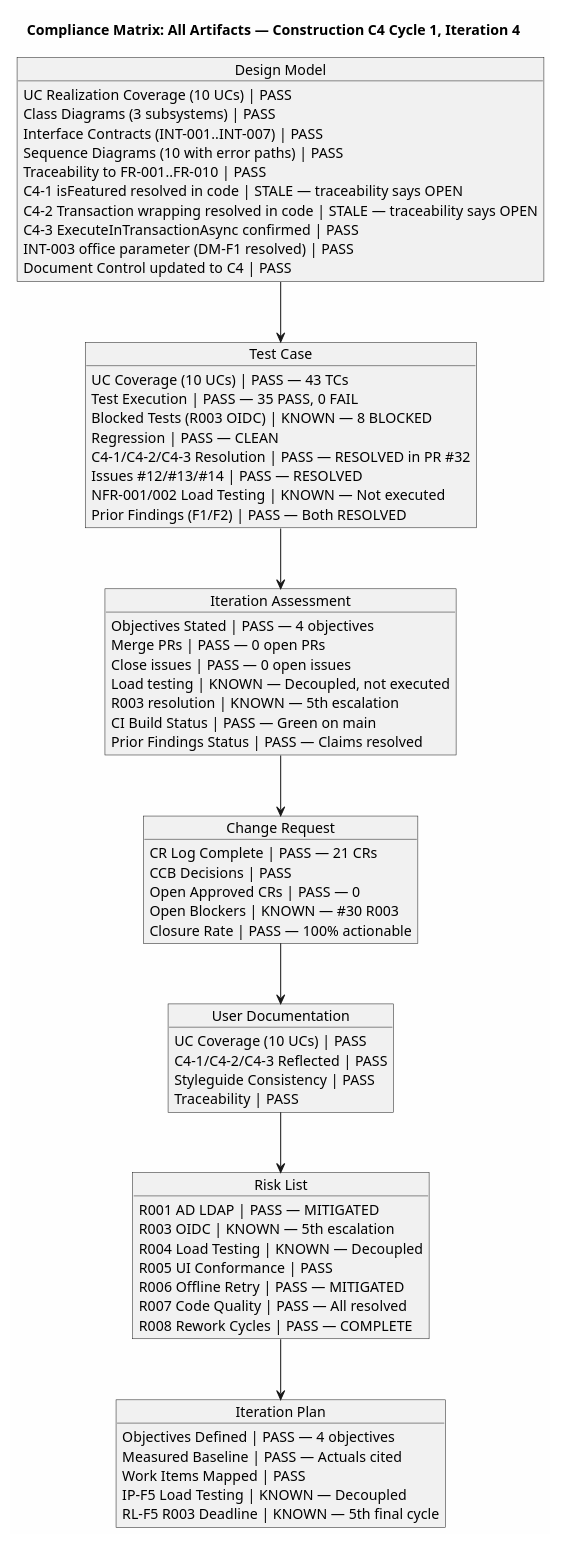
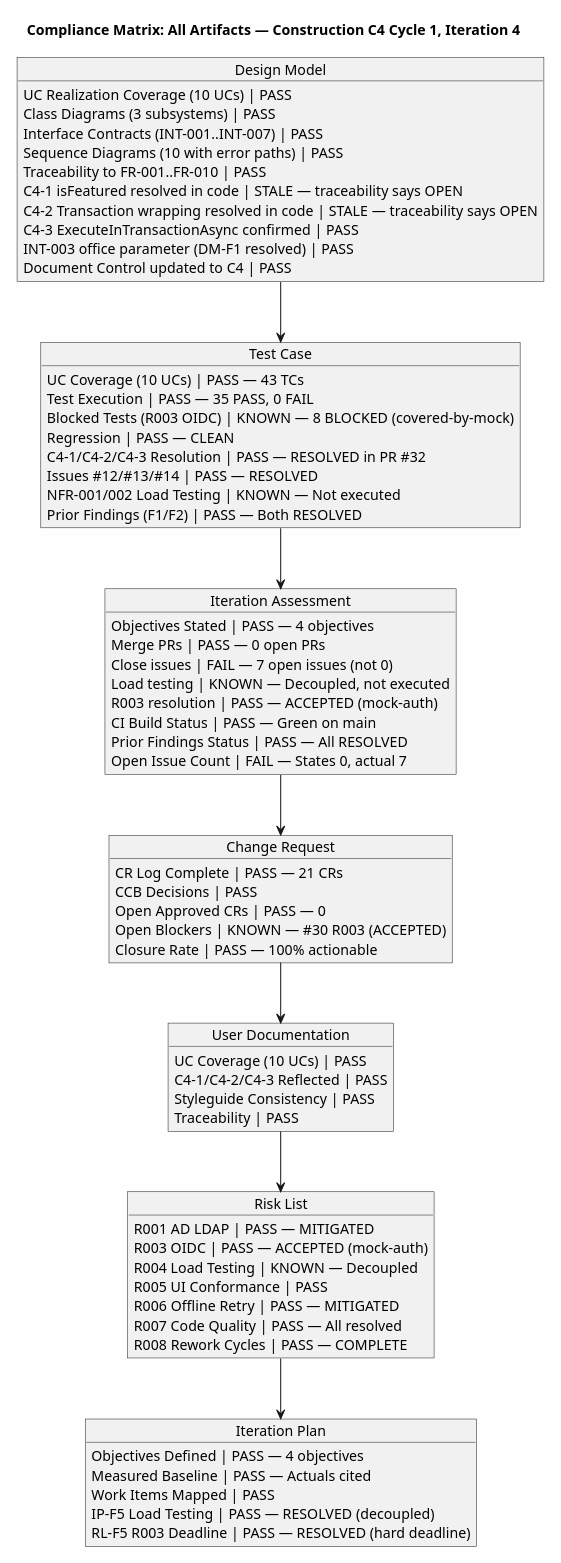
The first of 8 diagrams in docs/artifacts/project-management/review-record.md (banense-test/portal-cuba-corp), drawn with PlantUML before and after one commit. The commit also changed other lines of this file, not shown here.

```diff
--- a/docs/artifacts/project-management/review-record.md
+++ b/docs/artifacts/project-management/review-record.md
@@ -66,7 +67,7 @@
 object "Test Case" as TC {
   UC Coverage (10 UCs) | PASS — 43 TCs
   Test Execution | PASS — 35 PASS, 0 FAIL
-  Blocked Tests (R003 OIDC) | KNOWN — 8 BLOCKED
+  Blocked Tests (R003 OIDC) | KNOWN — 8 BLOCKED (covered-by-mock)
   Regression | PASS — CLEAN
   C4-1/C4-2/C4-3 Resolution | PASS — RESOLVED in PR #32
   Issues #12/#13/#14 | PASS — RESOLVED
@@ -77,18 +78,19 @@
 object "Iteration Assessment" as IA {
   Objectives Stated | PASS — 4 objectives
   Merge PRs | PASS — 0 open PRs
-  Close issues | PASS — 0 open issues
+  Close issues | FAIL — 7 open issues (not 0)
   Load testing | KNOWN — Decoupled, not executed
-  R003 resolution | KNOWN — 5th escalation
+  R003 resolution | PASS — ACCEPTED (mock-auth)
   CI Build Status | PASS — Green on main
-  Prior Findings Status | PASS — Claims resolved
+  Prior Findings Status | PASS — All RESOLVED
+  Open Issue Count | FAIL — States 0, actual 7
 }
 
 object "Change Request" as CR {
   CR Log Complete | PASS — 21 CRs
   CCB Decisions | PASS
   Open Approved CRs | PASS — 0
-  Open Blockers | KNOWN — #30 R003
+  Open Blockers | KNOWN — #30 R003 (ACCEPTED)
   Closure Rate | PASS — 100% actionable
 }
 
@@ -101,7 +103,7 @@
 
 object "Risk List" as RL {
   R001 AD LDAP | PASS — MITIGATED
-  R003 OIDC | KNOWN — 5th escalation
+  R003 OIDC | PASS — ACCEPTED (mock-auth)
   R004 Load Testing | KNOWN — Decoupled
   R005 UI Conformance | PASS
   R006 Offline Retry | PASS — MITIGATED
@@ -113,8 +115,8 @@
   Objectives Defined | PASS — 4 objectives
   Measured Baseline | PASS — Actuals cited
   Work Items Mapped | PASS
-  IP-F5 Load Testing | KNOWN — Decoupled
-  RL-F5 R003 Deadline | KNOWN — 5th final cycle
+  IP-F5 Load Testing | PASS — RESOLVED (decoupled)
+  RL-F5 R003 Deadline | PASS — RESOLVED (hard deadline)
 }
 
 DM --> TC
```
